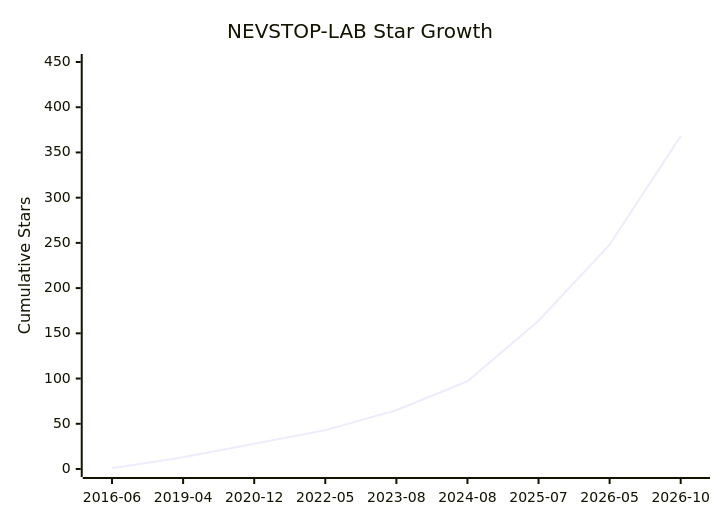
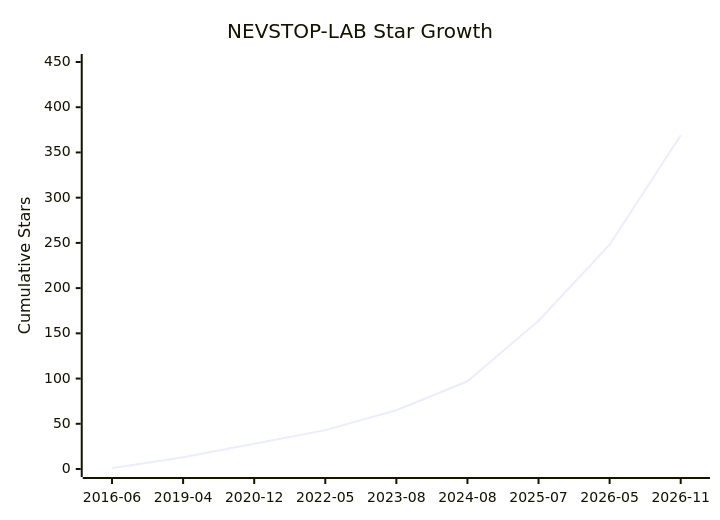
Before and after one commit to NEVSTOP-LAB/.github: the diagram in Star-History.md, drawn with Mermaid. The commit also changed other lines of this file and 2 other files, not shown here.

````diff
--- a/Star-History.md
+++ b/Star-History.md
@@ -8,7 +8,7 @@
 ```mermaid
 xychart-beta
     title "NEVSTOP-LAB Star Growth"
-    x-axis ["2016-06", "2019-04", "2020-12", "2022-05", "2023-08", "2024-08", "2025-07", "2026-05", "2026-10"]
+    x-axis ["2016-06", "2019-04", "2020-12", "2022-05", "2023-08", "2024-08", "2025-07", "2026-05", "2026-11"]
     y-axis "Cumulative Stars" 0 --> 450
-    line [1, 13, 28, 43, 65, 97, 164, 248, 368]
+    line [1, 13, 28, 43, 65, 97, 164, 248, 369]
 ```
````
